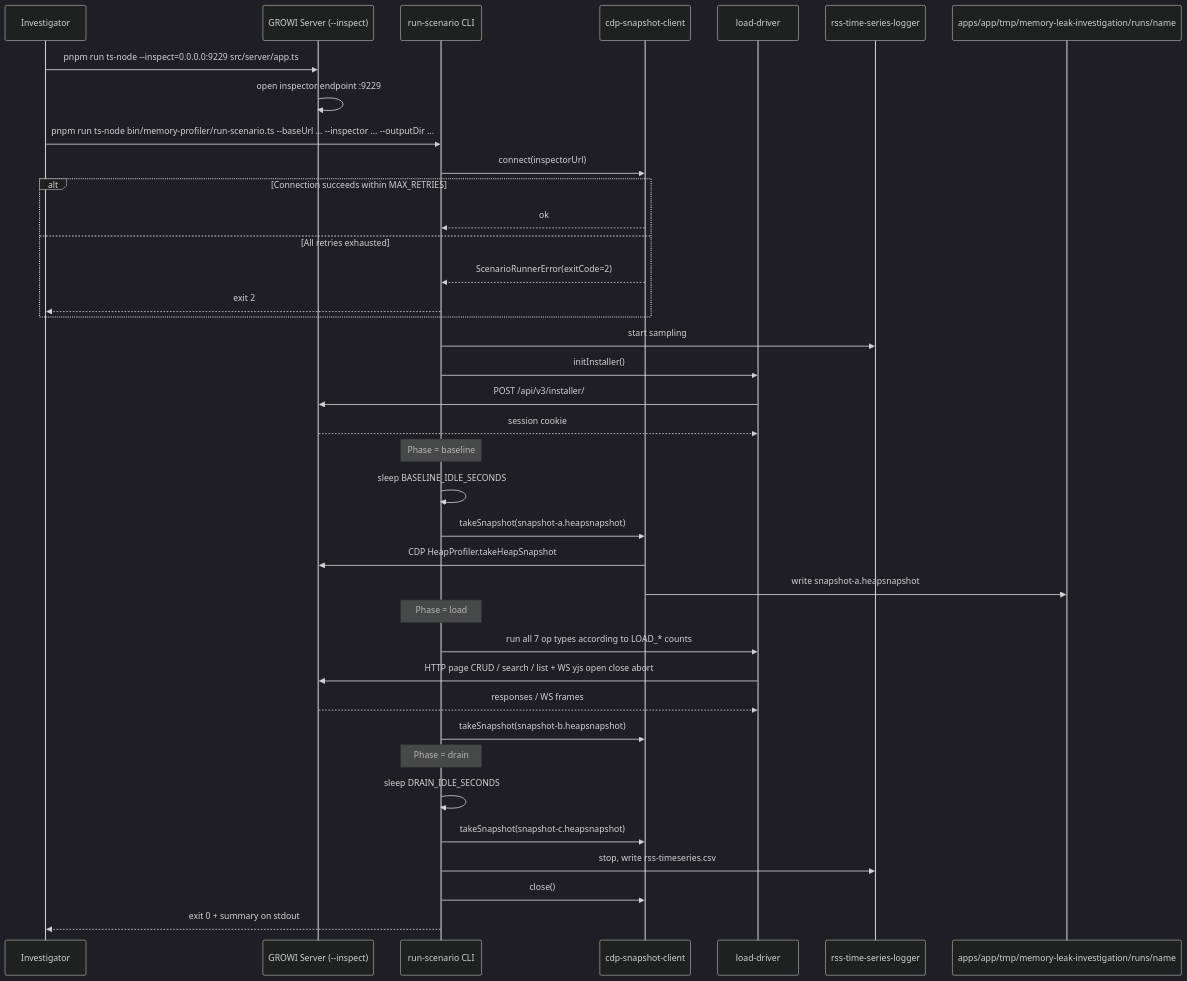
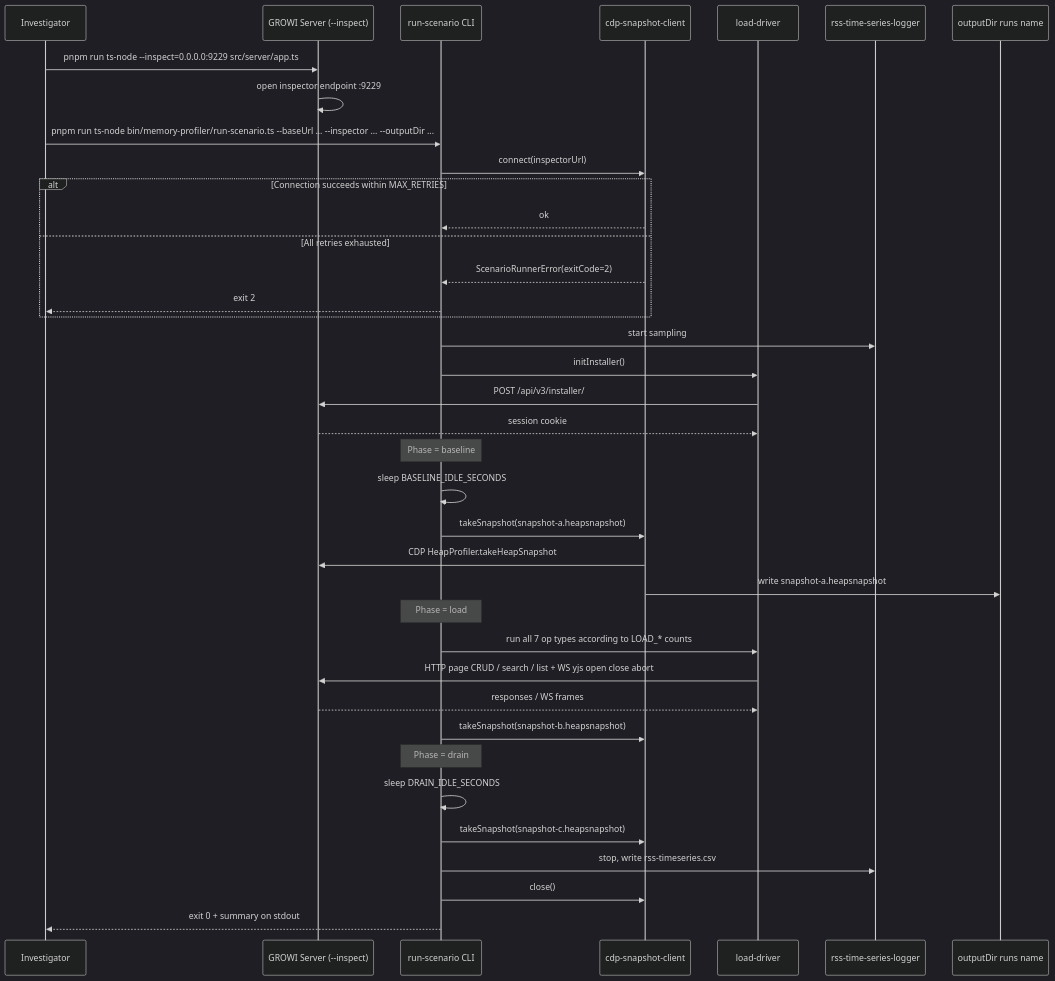
One commit to growilabs/growi changed the second of 2 diagrams in .kiro/specs/memory-profiler/design.md. Above: the diagram before and after it, drawn with Mermaid (dark theme). The commit also changed other lines of this file and 8 other files, not shown here.

````diff
--- a/.kiro/specs/memory-profiler/design.md
+++ b/.kiro/specs/memory-profiler/design.md
@@ -242,40 +242,40 @@
 ```mermaid
 sequenceDiagram
     participant Op as Investigator
     participant Server as GROWI Server (--inspect)
     participant Runner as run-scenario CLI
     participant CdpClient as cdp-snapshot-client
     participant LoadDriver as load-driver
     participant RssLogger as rss-time-series-logger
-    participant Fs as apps/app/tmp/memory-leak-investigation/runs/name
+    participant Fs as outputDir runs name
     Op->>Server: pnpm run ts-node --inspect=0.0.0.0:9229 src/server/app.ts
     Server->>Server: open inspector endpoint :9229
     Op->>Runner: pnpm run ts-node bin/memory-profiler/run-scenario.ts --baseUrl ... --inspector ... --outputDir ...
     Runner->>CdpClient: connect(inspectorUrl)
     alt Connection succeeds within MAX_RETRIES
         CdpClient-->>Runner: ok
     else All retries exhausted
         CdpClient-->>Runner: ScenarioRunnerError(exitCode=2)
         Runner-->>Op: exit 2
     end
     Runner->>RssLogger: start sampling
     Runner->>LoadDriver: initInstaller()
     LoadDriver->>Server: POST /api/v3/installer/
     Server-->>LoadDriver: session cookie
     Note over Runner: Phase = baseline
     Runner->>Runner: sleep BASELINE_IDLE_SECONDS
     Runner->>CdpClient: takeSnapshot(snapshot-a.heapsnapshot)
     CdpClient->>Server: CDP HeapProfiler.takeHeapSnapshot
     CdpClient->>Fs: write snapshot-a.heapsnapshot
     Note over Runner: Phase = load
     Runner->>LoadDriver: run all 7 op types according to LOAD_* counts
     LoadDriver->>Server: HTTP page CRUD / search / list + WS yjs open close abort
     Server-->>LoadDriver: responses / WS frames
     Runner->>CdpClient: takeSnapshot(snapshot-b.heapsnapshot)
     Note over Runner: Phase = drain
     Runner->>Runner: sleep DRAIN_IDLE_SECONDS
     Runner->>CdpClient: takeSnapshot(snapshot-c.heapsnapshot)
     Runner->>RssLogger: stop, write rss-timeseries.csv
     Runner->>CdpClient: close()
     Runner-->>Op: exit 0 + summary on stdout
 ```
````
